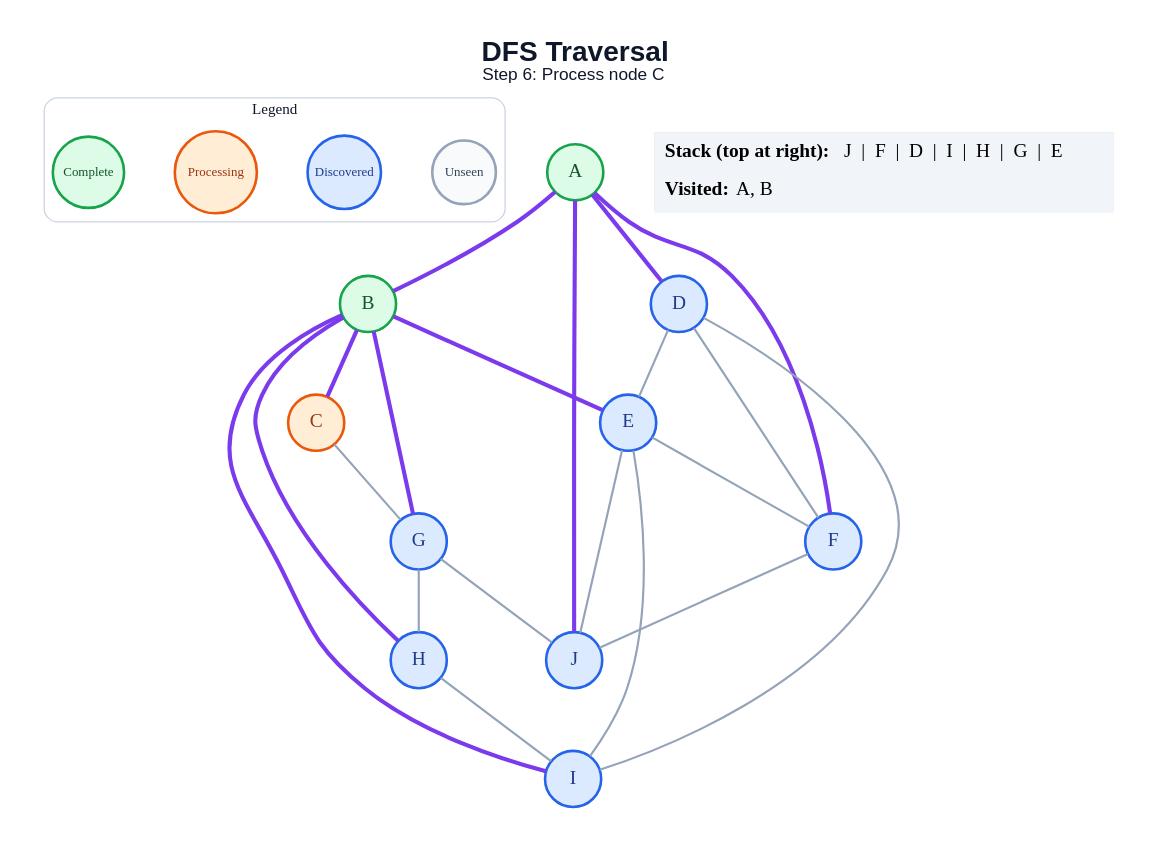
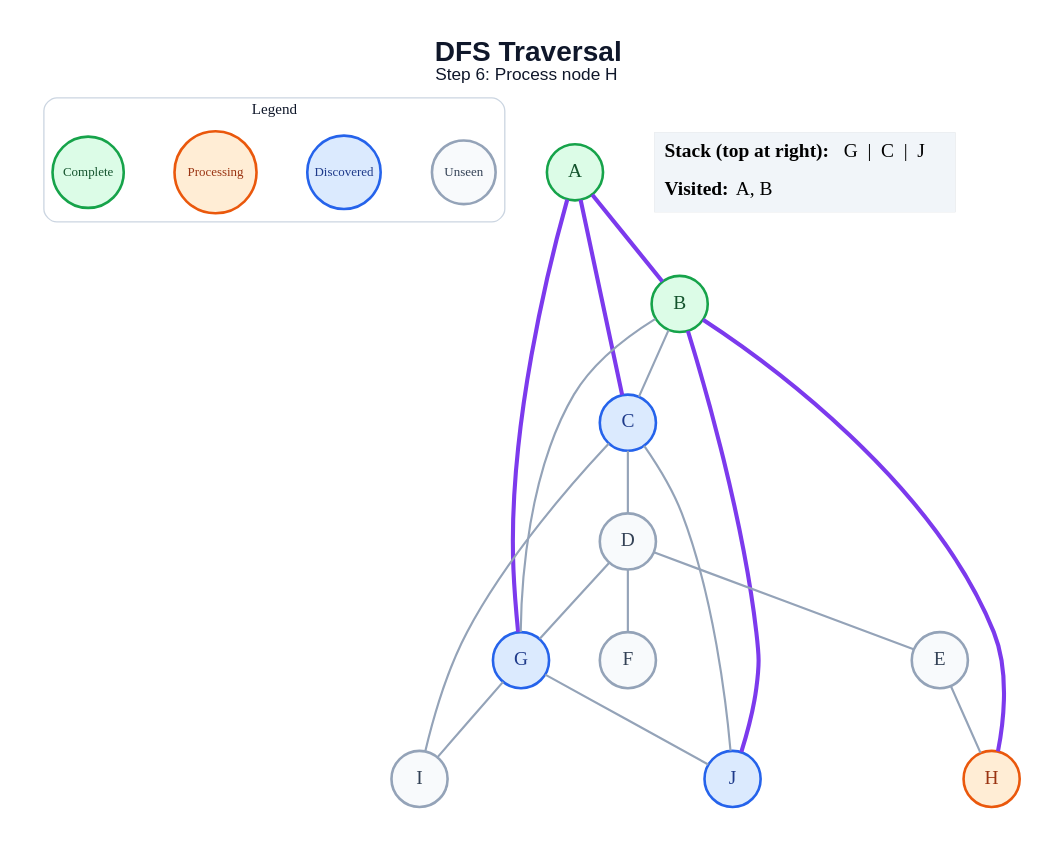
The diagram in generated/dfs/step_06.dot (anon7238593-create/ai-slop), drawn with Graphviz before and after one commit. The commit also changed 171 other files, not shown here.

```diff
--- a/generated/dfs/step_06.dot
+++ b/generated/dfs/step_06.dot
@@ -1,49 +1,45 @@
 graph traversal {
   graph [layout=dot, rankdir=TB, bgcolor="#FFFFFF", pad="0.35", nodesep="0.65", ranksep="0.8", fontname="Arial"];
   node [shape=circle, style="filled", fontname="Arial Bold", fontsize=18, width=0.72, fixedsize=true, penwidth=2.4];
   edge [color="#94A3B8", penwidth=2.0];
-  label=<<B>DFS Traversal</B><BR/><FONT POINT-SIZE="16">Step 6: Process node C</FONT>>; labelloc="t"; fontsize=26; fontname="Arial"; fontcolor="#0F172A";
+  label=<<B>DFS Traversal</B><BR/><FONT POINT-SIZE="16">Step 6: Process node H</FONT>>; labelloc="t"; fontsize=26; fontname="Arial"; fontcolor="#0F172A";
   subgraph cluster_legend { label="Legend"; color="#CBD5E1"; penwidth=1.2; style="rounded"; fontsize=14; fontname="Arial Bold";
     key_unseen [label="Unseen", fillcolor="#F8FAFC", color="#94A3B8", fontcolor="#334155", fontsize=12, width=0.82];
     key_frontier [label="Discovered", fillcolor="#DBEAFE", color="#2563EB", fontcolor="#1E3A8A", fontsize=12, width=0.95];
     key_current [label="Processing", fillcolor="#FFEDD5", color="#EA580C", fontcolor="#9A3412", fontsize=12, width=1.05];
     key_done [label="Complete", fillcolor="#DCFCE7", color="#16A34A", fontcolor="#14532D", fontsize=12, width=0.92];
     { rank=same; key_unseen; key_frontier; key_current; key_done; }
   }
   A [fillcolor="#DCFCE7", color="#16A34A", fontcolor="#14532D"];
   B [fillcolor="#DCFCE7", color="#16A34A", fontcolor="#14532D"];
-  C [fillcolor="#FFEDD5", color="#EA580C", fontcolor="#9A3412"];
-  D [fillcolor="#DBEAFE", color="#2563EB", fontcolor="#1E3A8A"];
-  E [fillcolor="#DBEAFE", color="#2563EB", fontcolor="#1E3A8A"];
-  F [fillcolor="#DBEAFE", color="#2563EB", fontcolor="#1E3A8A"];
+  C [fillcolor="#DBEAFE", color="#2563EB", fontcolor="#1E3A8A"];
+  D [fillcolor="#F8FAFC", color="#94A3B8", fontcolor="#334155"];
+  E [fillcolor="#F8FAFC", color="#94A3B8", fontcolor="#334155"];
+  F [fillcolor="#F8FAFC", color="#94A3B8", fontcolor="#334155"];
   G [fillcolor="#DBEAFE", color="#2563EB", fontcolor="#1E3A8A"];
-  H [fillcolor="#DBEAFE", color="#2563EB", fontcolor="#1E3A8A"];
-  I [fillcolor="#DBEAFE", color="#2563EB", fontcolor="#1E3A8A"];
+  H [fillcolor="#FFEDD5", color="#EA580C", fontcolor="#9A3412"];
+  I [fillcolor="#F8FAFC", color="#94A3B8", fontcolor="#334155"];
   J [fillcolor="#DBEAFE", color="#2563EB", fontcolor="#1E3A8A"];
   A -- B [color="#7C3AED", penwidth=3.8];
-  A -- D [color="#7C3AED", penwidth=3.8];
-  A -- F [color="#7C3AED", penwidth=3.8];
-  A -- J [color="#7C3AED", penwidth=3.8];
-  B -- C [color="#7C3AED", penwidth=3.8];
-  B -- E [color="#7C3AED", penwidth=3.8];
-  B -- G [color="#7C3AED", penwidth=3.8];
+  A -- C [color="#7C3AED", penwidth=3.8];
+  A -- G [color="#7C3AED", penwidth=3.8];
+  B -- C;
+  B -- G;
   B -- H [color="#7C3AED", penwidth=3.8];
-  B -- I [color="#7C3AED", penwidth=3.8];
-  C -- G;
+  B -- J [color="#7C3AED", penwidth=3.8];
+  C -- D;
+  C -- I;
+  C -- J;
   D -- E;
   D -- F;
-  D -- I;
-  E -- F;
-  E -- I;
-  E -- J;
-  F -- J;
-  G -- H;
+  D -- G;
+  E -- H;
+  G -- I;
   G -- J;
-  H -- I;
   status [shape=plain, fixedsize=false, width=0, height=0, margin=0, label=<
     <TABLE BORDER="0" CELLBORDER="0" CELLPADDING="7" BGCOLOR="#F1F5F9">
-      <TR><TD ALIGN="LEFT"><B>Stack (top at right):</B> J  |  F  |  D  |  I  |  H  |  G  |  E</TD></TR>
+      <TR><TD ALIGN="LEFT"><B>Stack (top at right):</B> G  |  C  |  J</TD></TR>
       <TR><TD ALIGN="LEFT"><B>Visited:</B> A, B</TD></TR>
     </TABLE>
   >];
 }
```
